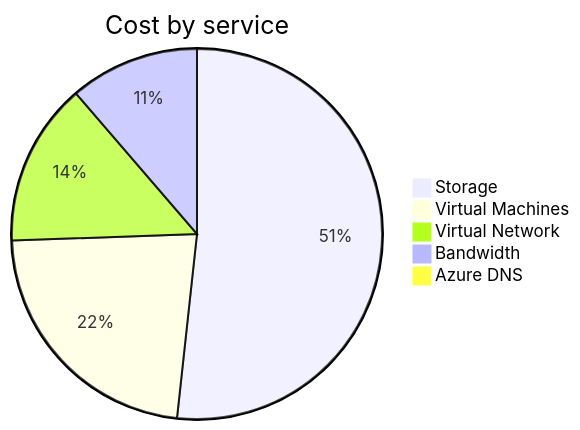
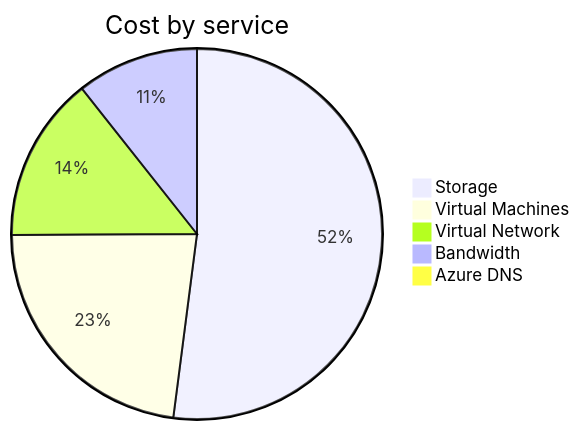
Before and after one commit to jpfulton/azure-personal-reports: the second of 4 diagrams in cost-reports/personal-network/README.md, drawn with Mermaid. The commit also changed other lines of this file and 8 other files, not shown here.

````diff
--- a/cost-reports/personal-network/README.md
+++ b/cost-reports/personal-network/README.md
@@ -97,9 +97,9 @@
 ```mermaid
 pie
    title Cost by service
-   "Storage" : 12.16
-   "Virtual Machines" : 5.34
-   "Virtual Network" : 3.35
+   "Storage" : 12.99
+   "Virtual Machines" : 5.71
+   "Virtual Network" : 3.60
    "Bandwidth" : 2.66
-   "Azure DNS" : 0.23
+   "Azure DNS" : 0.24
 ```
````
